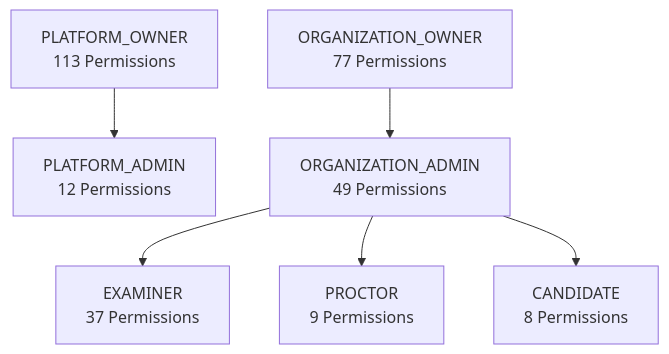
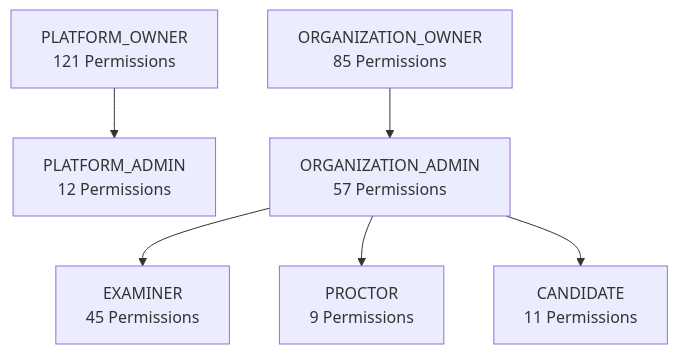
One commit to shaheerali838/SecureAssess changed the third of 4 diagrams in docs/ARCHITECTURE.md. Above: the diagram before and after it, drawn with Mermaid. The commit also changed other lines of this file and 7 other files, not shown here.

````diff
--- a/docs/ARCHITECTURE.md
+++ b/docs/ARCHITECTURE.md
@@ -110,8 +102,8 @@
 ```mermaid
 graph TD
-    PO[PLATFORM_OWNER<br/>113 Permissions] --> PA[PLATFORM_ADMIN<br/>12 Permissions]
-    OO[ORGANIZATION_OWNER<br/>77 Permissions] --> OA[ORGANIZATION_ADMIN<br/>49 Permissions]
-    OA --> EX[EXAMINER<br/>37 Permissions]
+    PO[PLATFORM_OWNER<br/>121 Permissions] --> PA[PLATFORM_ADMIN<br/>12 Permissions]
+    OO[ORGANIZATION_OWNER<br/>85 Permissions] --> OA[ORGANIZATION_ADMIN<br/>57 Permissions]
+    OA --> EX[EXAMINER<br/>45 Permissions]
     OA --> PR[PROCTOR<br/>9 Permissions]
-    OA --> CA[CANDIDATE<br/>8 Permissions]
+    OA --> CA[CANDIDATE<br/>11 Permissions]
 ```
````
